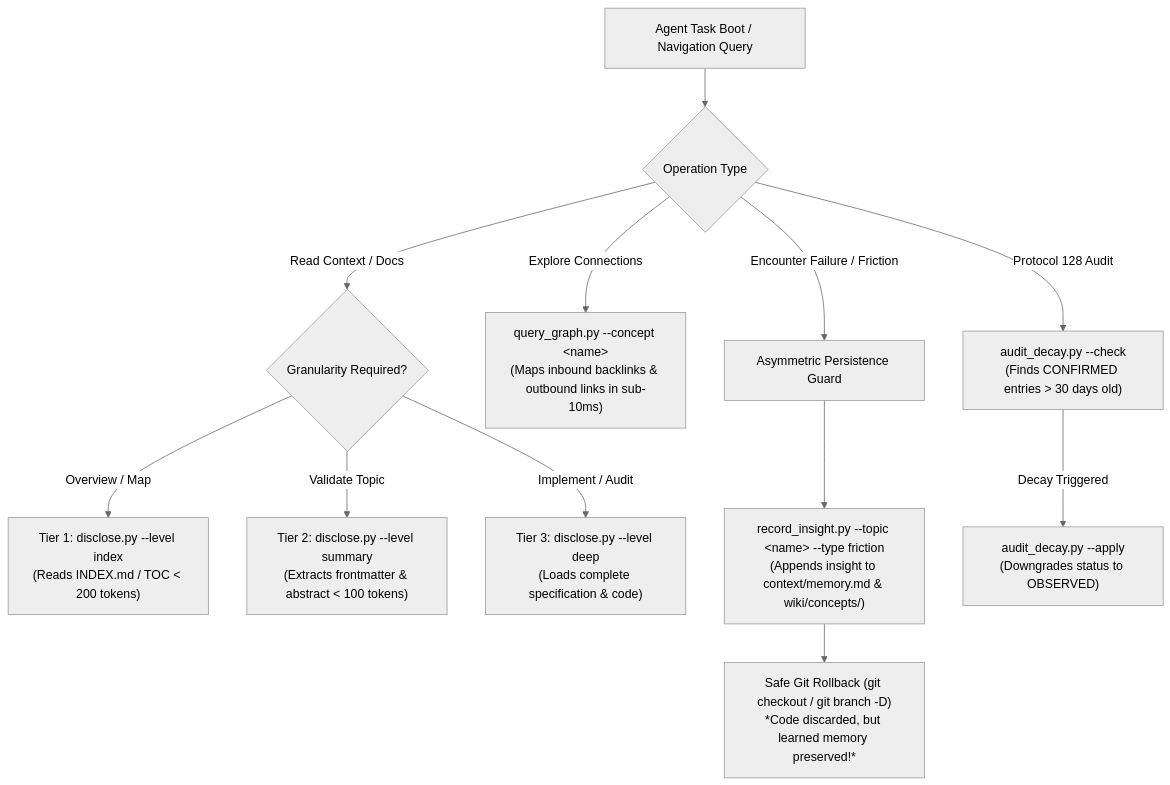
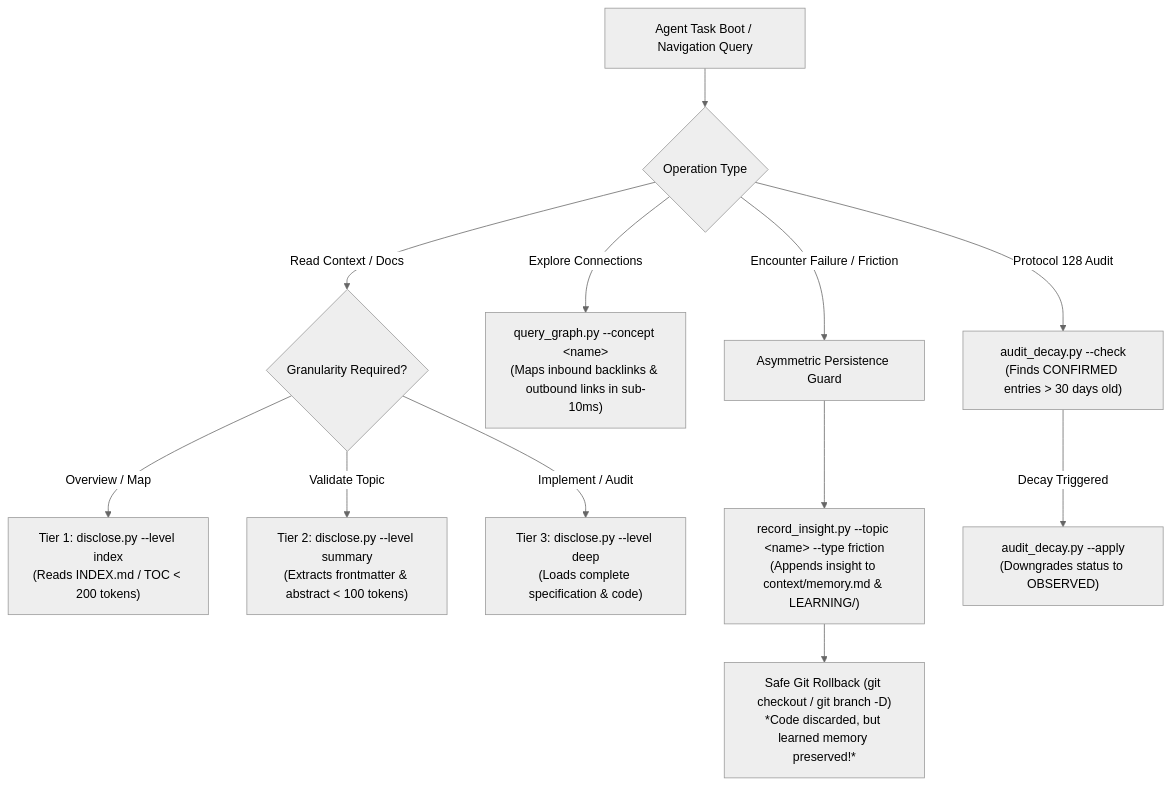
Before and after one commit to richfrem/Project_Sanctuary: the diagram in plugins/sanctuary-core/.apm/skills/managing-sovereign-memory/managing-sovereign-memory-flow.mmd, drawn with Mermaid (neutral theme). The commit also changed 16 other files, not shown here.

First line of the commit message:
refactor(memory,eval): relocate routing tests, score haiku MISSION-016, and clean wiki references (#274)

```diff
--- a/plugins/sanctuary-core/.apm/skills/managing-sovereign-memory/managing-sovereign-memory-flow.mmd
+++ b/plugins/sanctuary-core/.apm/skills/managing-sovereign-memory/managing-sovereign-memory-flow.mmd
@@ -1,20 +1,20 @@
 flowchart TD
     Start["Agent Task Boot / Navigation Query"] --> Route{"Operation Type"}
 
     %% Progressive Disclosure
     Route -->|"Read Context / Docs"| TierCheck{"Granularity Required?"}
     TierCheck -->|"Overview / Map"| Tier1["Tier 1: disclose.py --level index<br/>(Reads INDEX.md / TOC &lt; 200 tokens)"]
     TierCheck -->|"Validate Topic"| Tier2["Tier 2: disclose.py --level summary<br/>(Extracts frontmatter &amp; abstract &lt; 100 tokens)"]
     TierCheck -->|"Implement / Audit"| Tier3["Tier 3: disclose.py --level deep<br/>(Loads complete specification &amp; code)"]
 
     %% Associative Graph
     Route -->|"Explore Connections"| Graph["query_graph.py --concept &lt;name&gt;<br/>(Maps inbound backlinks &amp; outbound links in sub-10ms)"]
 
     %% Asymmetric Persistence
     Route -->|"Encounter Failure / Friction"| FailGuard["Asymmetric Persistence Guard"]
-    FailGuard --> Rec["record_insight.py --topic &lt;name&gt; --type friction<br/>(Appends insight to context/memory.md &amp; wiki/concepts/)"]
+    FailGuard --> Rec["record_insight.py --topic &lt;name&gt; --type friction<br/>(Appends insight to context/memory.md &amp; LEARNING/)"]
     Rec --> Rollback["Safe Git Rollback (git checkout / git branch -D)<br/>*Code discarded, but learned memory preserved!*"]
 
     %% Confidence Decay
     Route -->|"Protocol 128 Audit"| Decay["audit_decay.py --check<br/>(Finds CONFIRMED entries &gt; 30 days old)"]
     Decay -->|"Decay Triggered"| Downgrade["audit_decay.py --apply<br/>(Downgrades status to OBSERVED)"]
```
